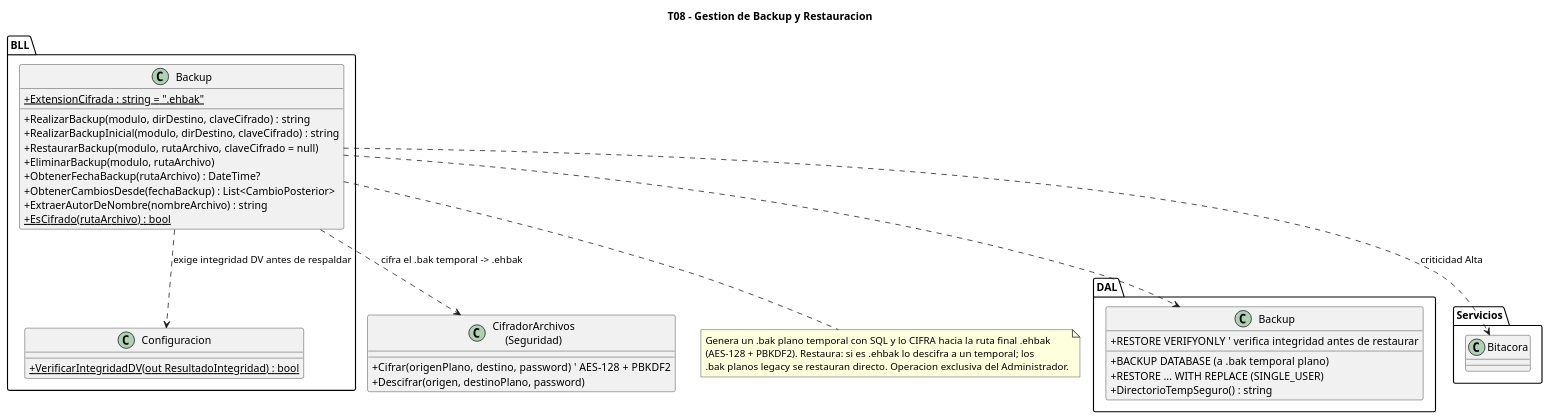
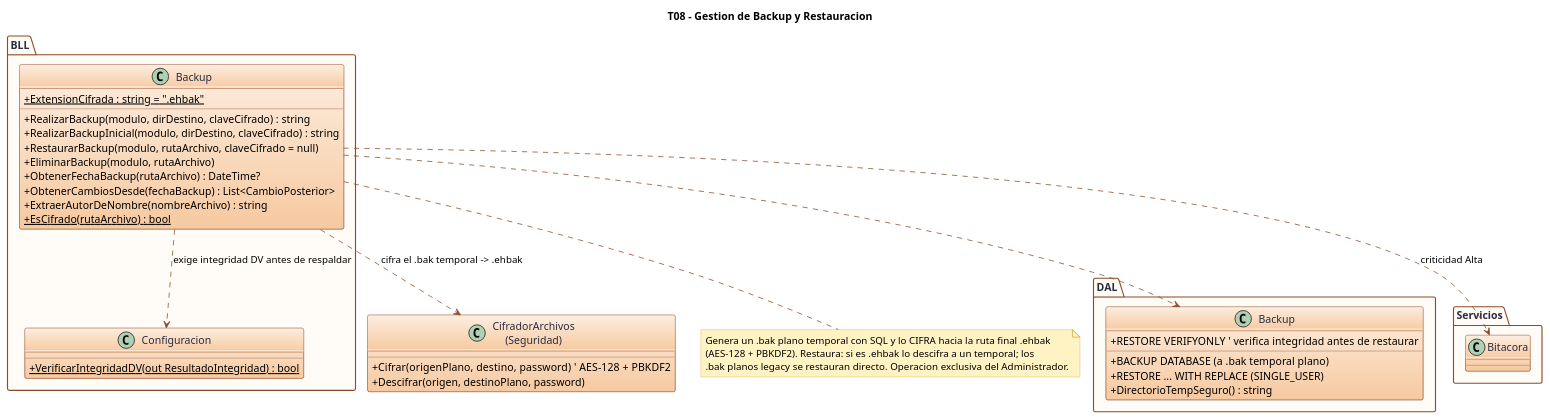
Before and after one commit to magalibolivar/ExperienceHub: the diagram in DIAGRAMAS/T08 - Backup/T08 - Clases Backup.puml, drawn with PlantUML. The commit also changed 177 other files, not shown here.

```diff
--- a/DIAGRAMAS/T08 - Backup/T08 - Clases Backup.puml
+++ b/DIAGRAMAS/T08 - Backup/T08 - Clases Backup.puml
@@ -1,41 +1,61 @@
 @startuml T08 - Clases Backup
+skinparam class {
+  BackgroundColor #FDEEE0-#F6C9A0
+  BorderColor #8B4A2B
+  FontColor #2B2B40
+  ArrowColor #8B4A2B
+}
+skinparam enum {
+  BackgroundColor #FDEEE0-#F6C9A0
+  BorderColor #8B4A2B
+  FontColor #2B2B40
+}
+skinparam note {
+  BackgroundColor #FFF3C4
+  BorderColor #D9A441
+}
+skinparam package {
+  BackgroundColor #FFFCF7
+  BorderColor #8B4A2B
+  FontColor #2B2B40
+}
 title T08 - Gestion de Backup y Restauracion
 skinparam classAttributeIconSize 0
 
 class "BLL.Backup" {
   + {static} ExtensionCifrada : string = ".ehbak"
   + RealizarBackup(modulo, dirDestino, claveCifrado) : string
   + RealizarBackupInicial(modulo, dirDestino, claveCifrado) : string
   + RestaurarBackup(modulo, rutaArchivo, claveCifrado = null)
   + EliminarBackup(modulo, rutaArchivo)
   + ObtenerFechaBackup(rutaArchivo) : DateTime?
   + ObtenerCambiosDesde(fechaBackup) : List<CambioPosterior>
   + ExtraerAutorDeNombre(nombreArchivo) : string
   + {static} EsCifrado(rutaArchivo) : bool
 }
 class "DAL.Backup" {
   + BACKUP DATABASE (a .bak temporal plano)
   + RESTORE VERIFYONLY  ' verifica integridad antes de restaurar
   + RESTORE ... WITH REPLACE (SINGLE_USER)
   + DirectorioTempSeguro() : string
 }
 class "CifradorArchivos\n(Seguridad)" {
   + Cifrar(origenPlano, destino, password)   ' AES-128 + PBKDF2
   + Descifrar(origen, destinoPlano, password)
 }
 class "BLL.Configuracion" {
   + {static} VerificarIntegridadDV(out ResultadoIntegridad) : bool
 }
 class "Servicios.Bitacora"
 
 "BLL.Backup" ..> "BLL.Configuracion" : exige integridad DV antes de respaldar
 "BLL.Backup" ..> "CifradorArchivos\n(Seguridad)" : cifra el .bak temporal -> .ehbak
 "BLL.Backup" ..> "DAL.Backup"
 "BLL.Backup" ..> "Servicios.Bitacora" : criticidad Alta
 
 note bottom of "BLL.Backup"
   Genera un .bak plano temporal con SQL y lo CIFRA hacia la ruta final .ehbak
   (AES-128 + PBKDF2). Restaura: si es .ehbak lo descifra a un temporal; los
   .bak planos legacy se restauran directo. Operacion exclusiva del Administrador.
 end note
 @enduml
```
